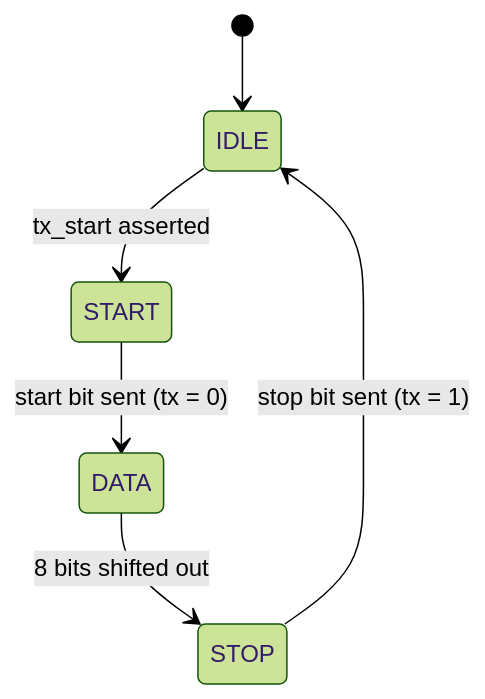
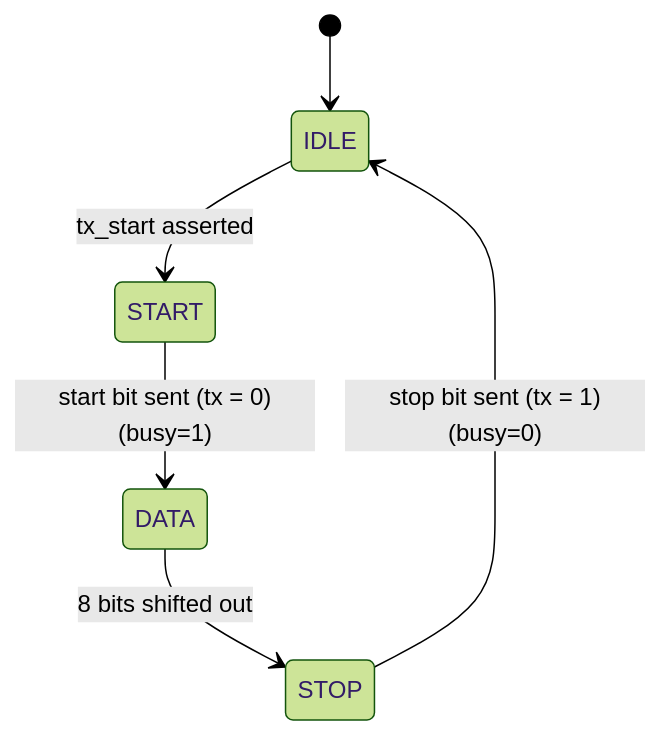
The first of 2 diagrams in README.md (Viraj-Kumar-Manocha/uart-verilog-16x-oversampling), drawn with Mermaid (forest theme) before and after one commit. The commit also changed other lines of this file, not shown here.

````diff
--- a/README.md
+++ b/README.md
@@ -109,8 +118,8 @@
 ```mermaid
 stateDiagram-v2
     [*] --> IDLE
     IDLE --> START: tx_start asserted
-    START --> DATA: start bit sent (tx = 0)
+    START --> DATA: start bit sent (tx = 0)(busy=1)
     DATA --> STOP: 8 bits shifted out
-    STOP --> IDLE: stop bit sent (tx = 1)
+    STOP --> IDLE: stop bit sent (tx = 1)(busy=0)
 ```
````
